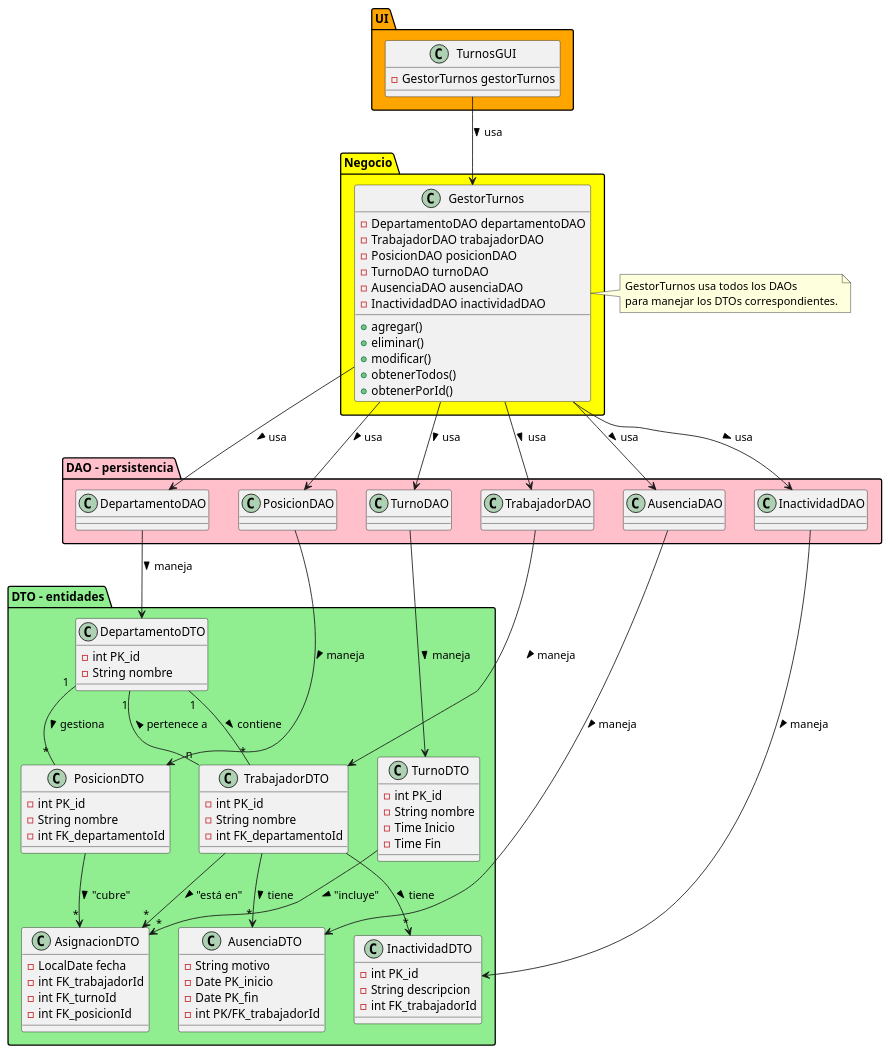
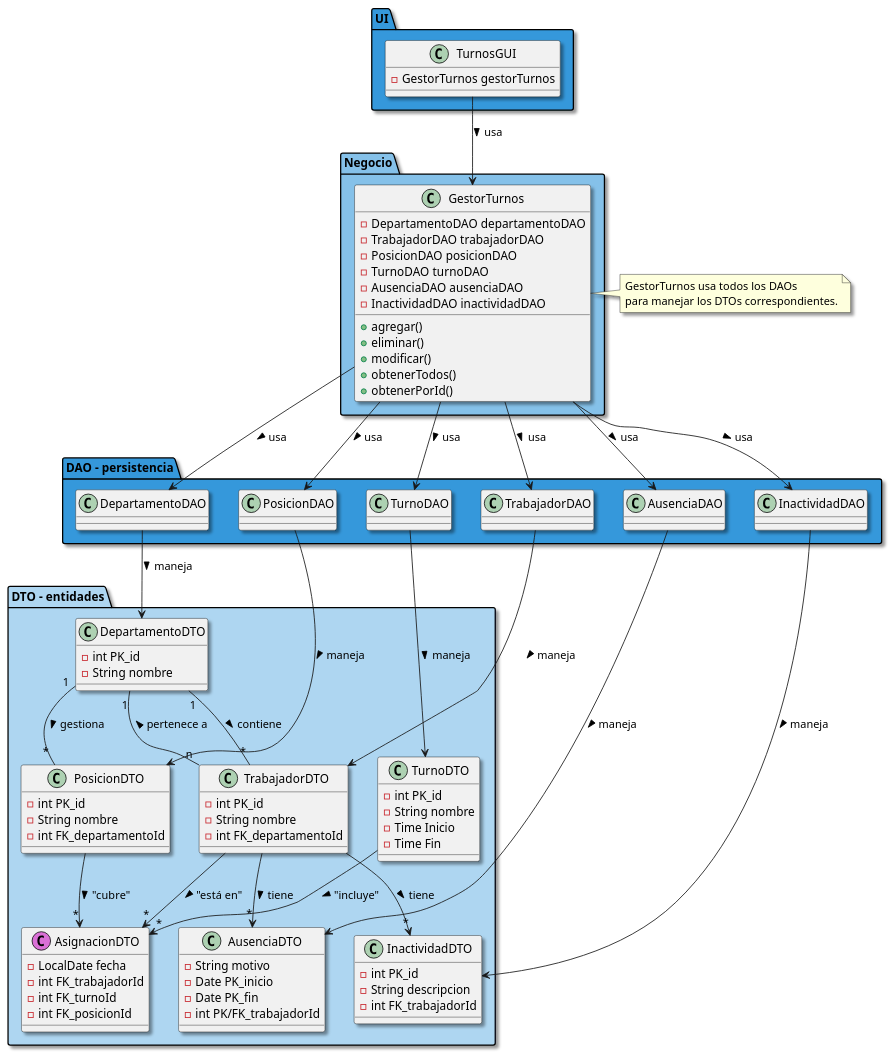
Before and after one commit to flpmarin/GestorDeTurnos: the diagram in DiagramaER.puml, drawn with PlantUML. The commit also changed 16 other files, not shown here.

```diff
--- a/DiagramaER.puml
+++ b/DiagramaER.puml
@@ -1,109 +1,113 @@
 @startuml turnos
 ' En un diagrama UML, las relaciones entre las clases a menudo se representan con líneas de asociación, por lo que no es necesario duplicar esta información en las listas dentro de las clases.
-package "DTO - entidades" #LightGreen {
+package "DTO - entidades" #AED6F1 {
 
+
+
+skinparam shadowing true
     class DepartamentoDTO {
         - int PK_id
         - String nombre
     }
+
     class TrabajadorDTO {
         - int PK_id
         - String nombre
         - int FK_departamentoId
     }
     class TurnoDTO {
         - int PK_id
         - String nombre
         - Time Inicio
         - Time Fin
     }
     class PosicionDTO {
         - int PK_id
         - String nombre
         - int FK_departamentoId
     }
 
     class AusenciaDTO {
         - String motivo
         - Date PK_inicio
         - Date PK_fin
         - int PK/FK_trabajadorId
     }
 
-    class AsignacionDTO {
+    class AsignacionDTO << (C, Orchid) >>{
         - LocalDate fecha
         - int FK_trabajadorId
         - int FK_turnoId
         - int FK_posicionId
     }
     class InactividadDTO {
         - int PK_id
         - String descripcion
         - int FK_trabajadorId
     }
 
 
 }
 
-package "Negocio" #Yellow {
+package "Negocio" #85C1E9 {
     class GestorTurnos {
         - DepartamentoDAO departamentoDAO
         - TrabajadorDAO trabajadorDAO
         - PosicionDAO posicionDAO
         - TurnoDAO turnoDAO
         - AusenciaDAO ausenciaDAO
         - InactividadDAO inactividadDAO
         + agregar()
         + eliminar()
         + modificar()
         + obtenerTodos()
         + obtenerPorId()
     }
 }
 
-package "DAO - persistencia" #Pink {
+package "DAO - persistencia" #3498DB {
     class DepartamentoDAO {}
     class TrabajadorDAO {}
     class PosicionDAO {}
     class TurnoDAO {}
     class AusenciaDAO {}
     class InactividadDAO {}
 }
 
-package "UI" #Orange {
+package "UI" #3498DB {
     class TurnosGUI {
         - GestorTurnos gestorTurnos
     }
 }
 
 DepartamentoDTO "1" -- "*" TrabajadorDTO : contiene >
 DepartamentoDTO "1" -- "*" PosicionDTO : gestiona >
 TrabajadorDTO "n" -- "1" DepartamentoDTO : pertenece a >
 TrabajadorDTO -down-> "*" AusenciaDTO : tiene >
 TrabajadorDTO -down-> "*" InactividadDTO : tiene >
 TrabajadorDTO -down-> "*" AsignacionDTO : "está en" >
 TurnoDTO -down-> "*" AsignacionDTO : "incluye" >
 PosicionDTO -down-> "*" AsignacionDTO : "cubre" >
 
 GestorTurnos -down-> DepartamentoDAO : usa >
 GestorTurnos -down-> TrabajadorDAO : usa >
 GestorTurnos -down-> PosicionDAO : usa >
 GestorTurnos -down-> TurnoDAO : usa >
 GestorTurnos -down-> AusenciaDAO : usa >
 GestorTurnos -down-> InactividadDAO : usa >
 
 DepartamentoDAO -down-> DepartamentoDTO : maneja >
 TrabajadorDAO -down-> TrabajadorDTO : maneja >
 PosicionDAO -down-> PosicionDTO : maneja >
 TurnoDAO -down-> TurnoDTO : maneja >
 AusenciaDAO -down-> AusenciaDTO : maneja >
 InactividadDAO -down-> InactividadDTO : maneja >
 
 TurnosGUI -down-> GestorTurnos : usa >
 
 note right of GestorTurnos
     GestorTurnos usa todos los DAOs
     para manejar los DTOs correspondientes.
 end note
 
 @enduml
```
